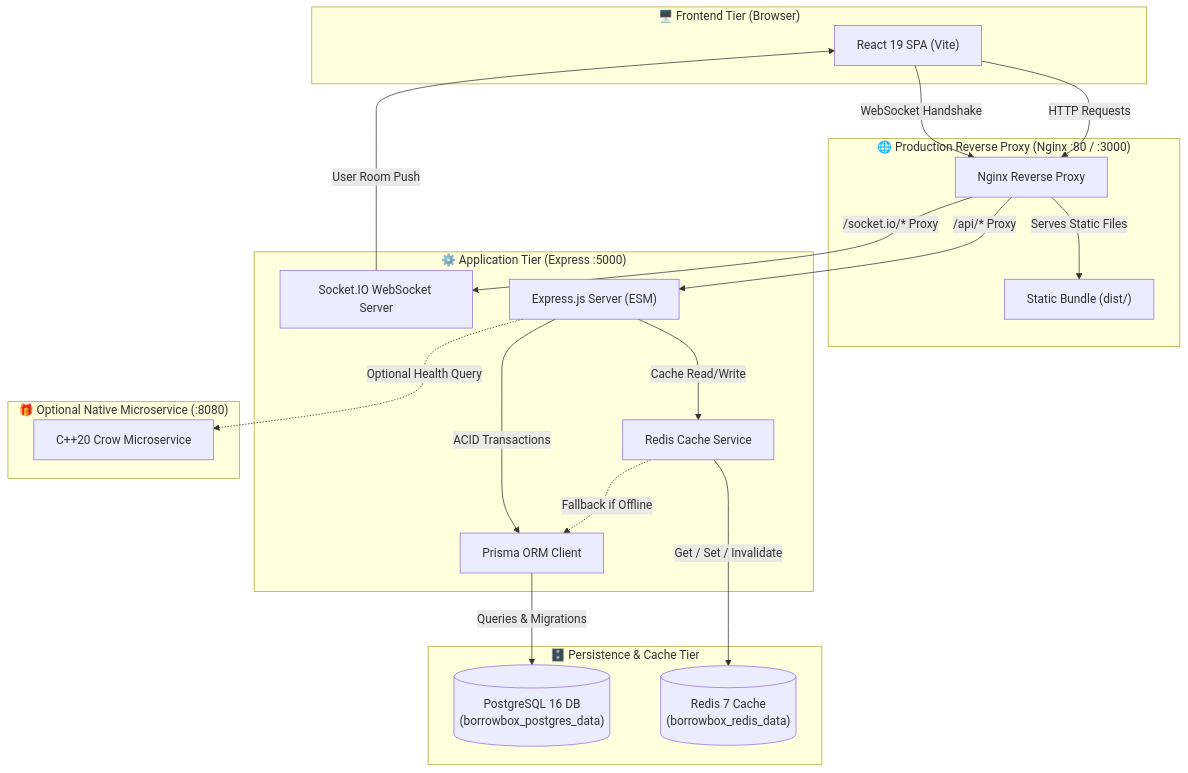
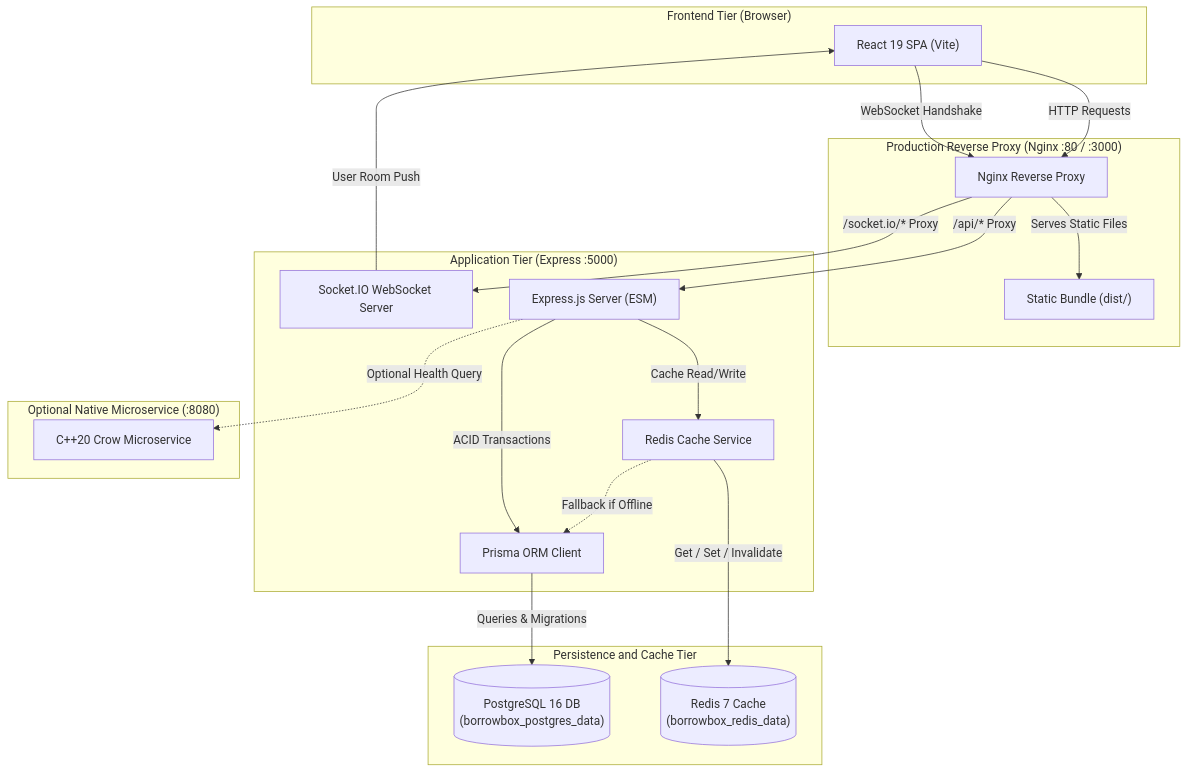
One commit to shreyas282005/Full-Stack_RV changed the first of 2 diagrams in README.md. Above: the diagram before and after it, drawn with Mermaid. The commit also changed other lines of this file and 2 other files, not shown here.

Commit message:
docs: remove emojis and refine tone across README, API docs, and bonus service documentation

````diff
--- a/README.md
+++ b/README.md
@@ -137,41 +137,41 @@
 ```mermaid
 flowchart TD
-    subgraph ClientLayer["🖥️ Frontend Tier (Browser)"]
+    subgraph ClientLayer["Frontend Tier (Browser)"]
         Browser["React 19 SPA (Vite)"]
     end
 
-    subgraph ProxyLayer["🌐 Production Reverse Proxy (Nginx :80 / :3000)"]
+    subgraph ProxyLayer["Production Reverse Proxy (Nginx :80 / :3000)"]
         Nginx["Nginx Reverse Proxy"]
         StaticAssets["Static Bundle (dist/)"]
     end
 
-    subgraph BackendLayer["⚙️ Application Tier (Express :5000)"]
+    subgraph BackendLayer["Application Tier (Express :5000)"]
         Express["Express.js Server (ESM)"]
         SocketIO["Socket.IO WebSocket Server"]
         CacheService["Redis Cache Service"]
         Prisma["Prisma ORM Client"]
     end
 
-    subgraph DataLayer["🗄️ Persistence & Cache Tier"]
+    subgraph DataLayer["Persistence and Cache Tier"]
         Postgres[("PostgreSQL 16 DB\n(borrowbox_postgres_data)")]
         RedisDB[("Redis 7 Cache\n(borrowbox_redis_data)")]
     end
 
-    subgraph BonusLayer["🎁 Optional Native Microservice (:8080)"]
+    subgraph BonusLayer["Optional Native Microservice (:8080)"]
         CrowService["C++20 Crow Microservice"]
     end
 
     Browser -->|HTTP Requests| Nginx
     Browser -->|WebSocket Handshake| Nginx
     Nginx -->|Serves Static Files| StaticAssets
     Nginx -->|/api/* Proxy| Express
     Nginx -->|/socket.io/* Proxy| SocketIO
 
     Express -->|Cache Read/Write| CacheService
     CacheService -->|Get / Set / Invalidate| RedisDB
     CacheService -.->|Fallback if Offline| Prisma
     Express -->|ACID Transactions| Prisma
     Prisma -->|Queries & Migrations| Postgres
     SocketIO -->|User Room Push| Browser
     Express -.->|Optional Health Query| CrowService
 ```
````
